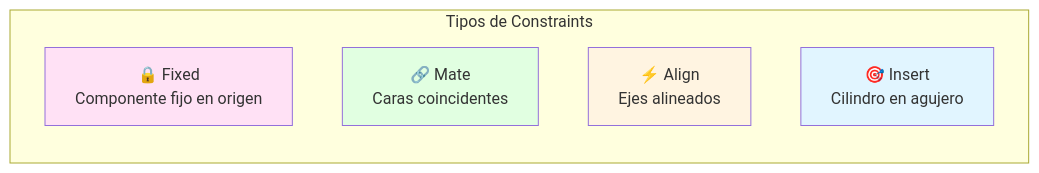
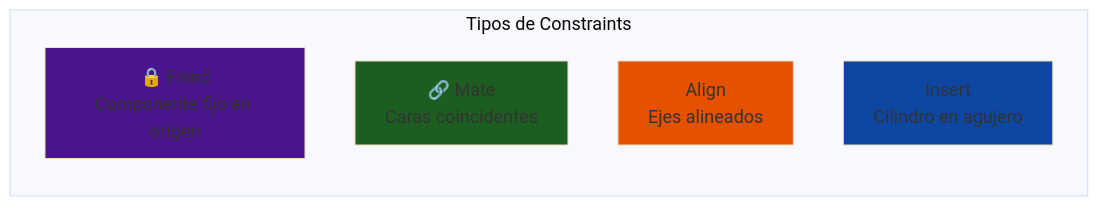
The seventh of 10 diagrams in courses/🟡-development/FPUNA-2026/03-INGENIERIA-AERONAUTICA/01-cad-ia.md (Ai-Whisperers/Courses-Content), drawn with Mermaid before and after one commit. The commit also changed other lines of this file and 47 other files, not shown here.

First line of the commit message:
fix: Make all 473 diagrams WCAG AAA accessible (FPUNA-2026)

````diff
--- a/courses/🟡-development/FPUNA-2026/03-INGENIERIA-AERONAUTICA/01-cad-ia.md
+++ b/courses/🟡-development/FPUNA-2026/03-INGENIERIA-AERONAUTICA/01-cad-ia.md
@@ -591,14 +597,15 @@
 ```mermaid
+%%{init: {'theme':'base', 'themeVariables': {'fontSize':'18px'}}}%%
 graph LR
     subgraph "Tipos de Constraints"
         A[🔒 Fixed<br/>Componente fijo en origen]
         B[🔗 Mate<br/>Caras coincidentes]
-        C[⚡ Align<br/>Ejes alineados]
-        D[🎯 Insert<br/>Cilindro en agujero]
+        C[Align<br/>Ejes alineados]
+        D[Insert<br/>Cilindro en agujero]
     end
     
-    style A fill:#FFE1F5
-    style B fill:#E1FFE1
-    style C fill:#FFF4E1
-    style D fill:#E1F5FF
+    style A fill:#4a148c
+    style B fill:#1b5e20
+    style C fill:#e65100
+    style D fill:#0d47a1
 ```
````
